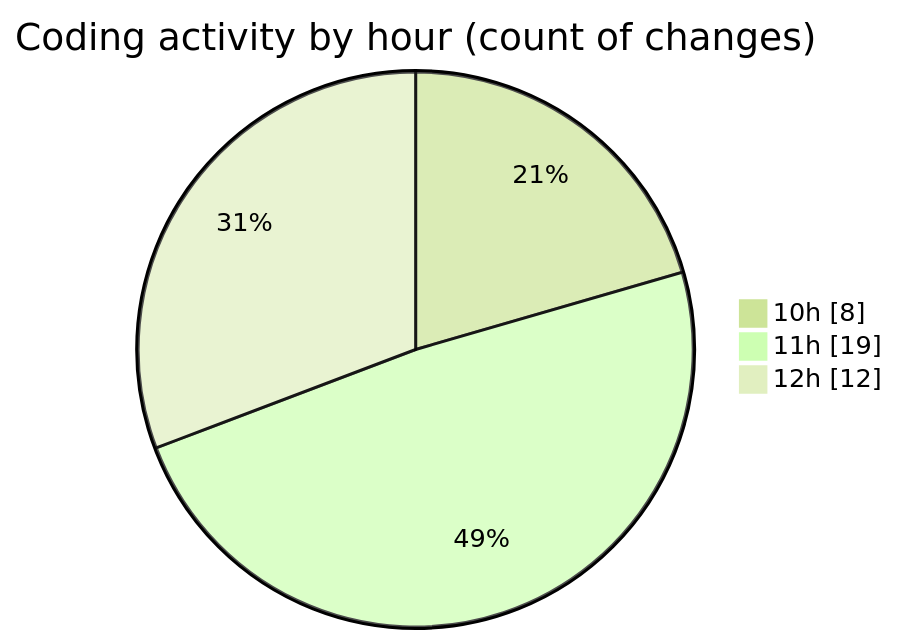
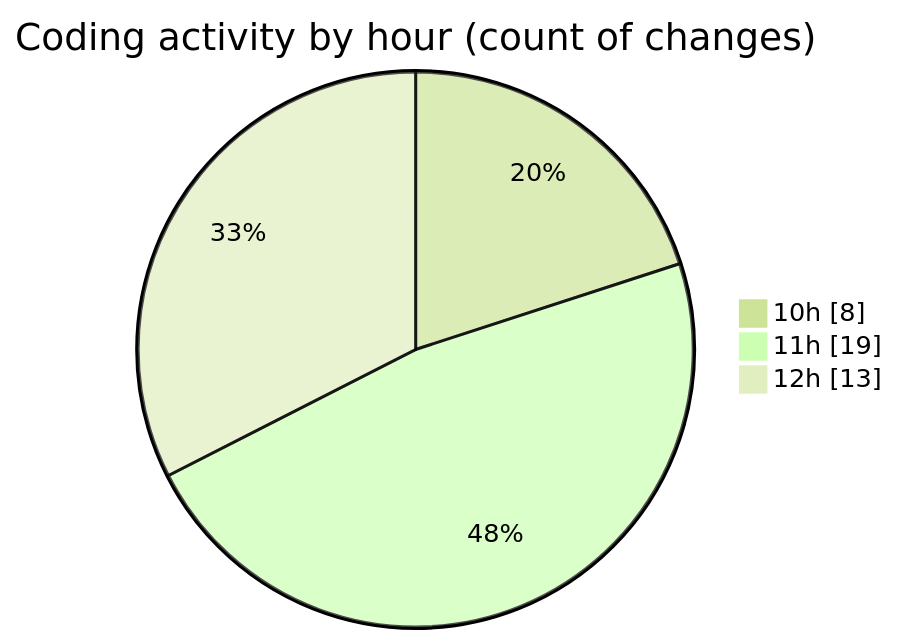
One commit to nxtqubesakshisongat/code-tracking changed the second of 2 diagrams in 2025-10-16/nxtqube_webapp/README.md. Above: the diagram before and after it, drawn with Mermaid (forest theme). The commit also changed other lines of this file and 1 other file, not shown here.

````diff
--- a/2025-10-16/nxtqube_webapp/README.md
+++ b/2025-10-16/nxtqube_webapp/README.md
@@ -28,7 +28,7 @@
 ```mermaid
 pie showData
 title Coding activity by hour (count of changes)
 "10h" : 8
 "11h" : 19
-"12h" : 12
+"12h" : 13
 ```
````
